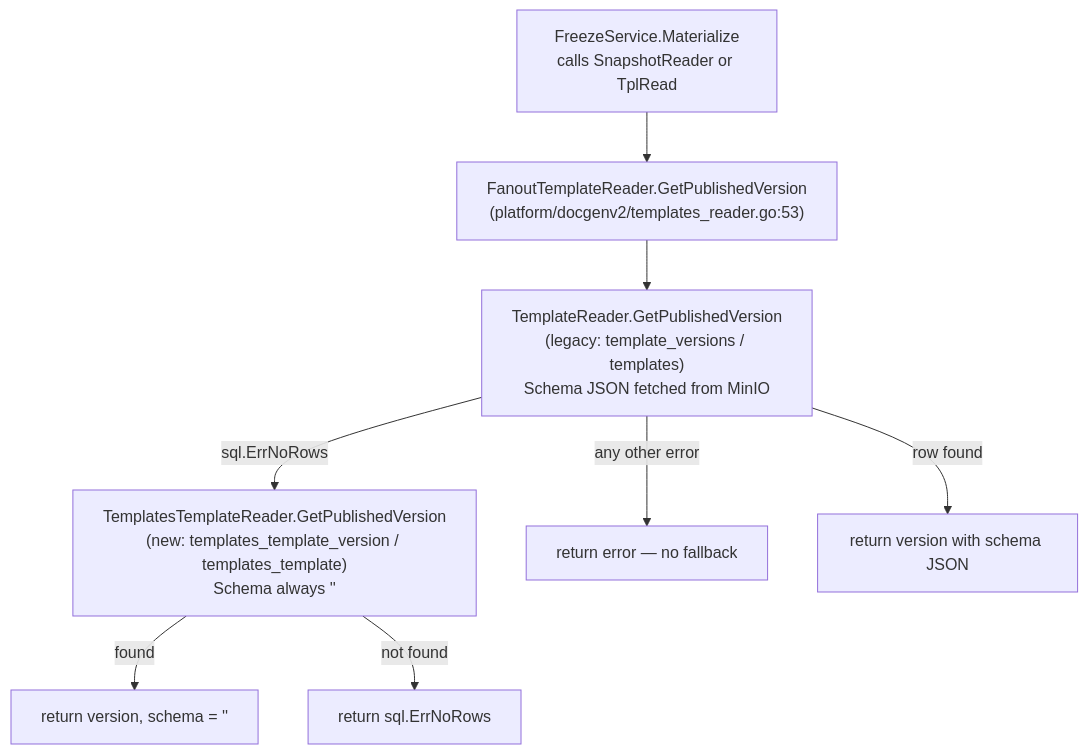
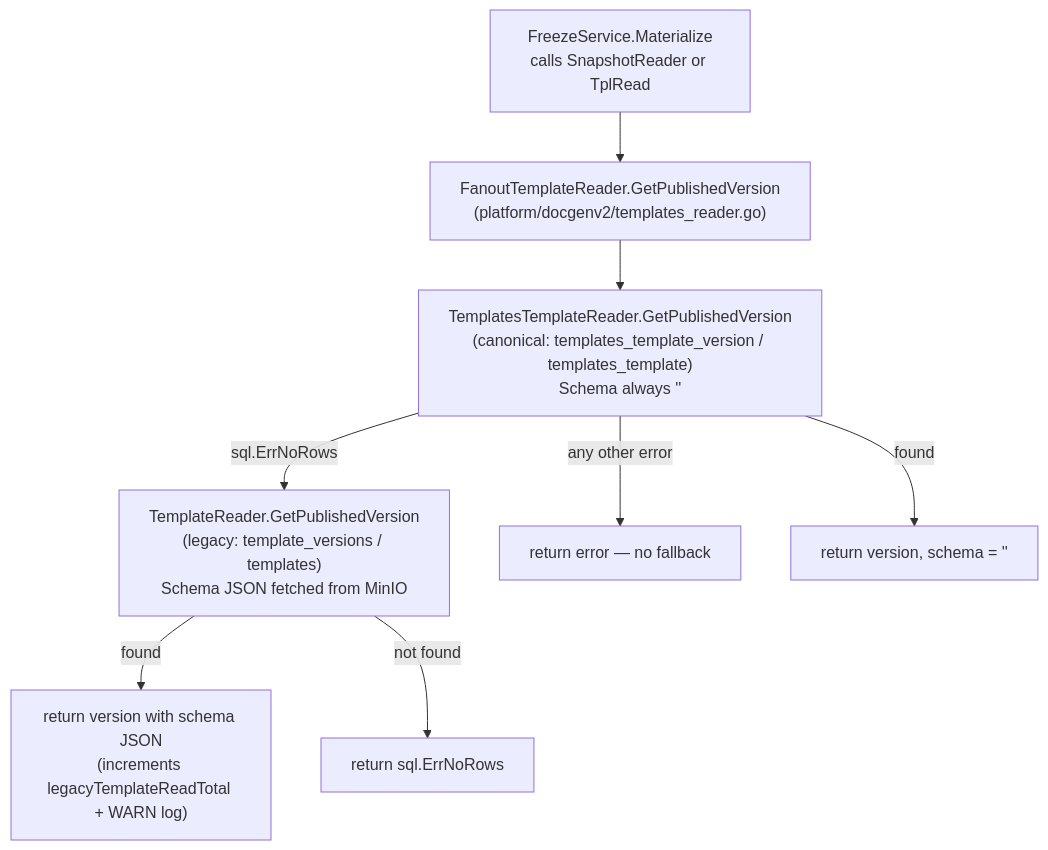
One commit to developmentconexus-ops/MetalDocs changed the fifth of 5 diagrams in wiki/backend/flows/render-pipeline.md. Above: the diagram before and after it, drawn with Mermaid. The commit also changed other lines of this file and 5 other files, not shown here.

````diff
--- a/wiki/backend/flows/render-pipeline.md
+++ b/wiki/backend/flows/render-pipeline.md
@@ -234,10 +236,10 @@
 ```mermaid
 flowchart TD
-    A["FreezeService.Materialize\ncalls SnapshotReader or TplRead"] --> B["FanoutTemplateReader.GetPublishedVersion\n(platform/docgenv2/templates_reader.go:53)"]
-    B --> C["TemplateReader.GetPublishedVersion\n(legacy: template_versions / templates)\nSchema JSON fetched from MinIO"]
-    C -->|"sql.ErrNoRows"| D["TemplatesTemplateReader.GetPublishedVersion\n(new: templates_template_version / templates_template)\nSchema always ''"]
+    A["FreezeService.Materialize\ncalls SnapshotReader or TplRead"] --> B["FanoutTemplateReader.GetPublishedVersion\n(platform/docgenv2/templates_reader.go)"]
+    B --> C["TemplatesTemplateReader.GetPublishedVersion\n(canonical: templates_template_version / templates_template)\nSchema always ''"]
+    C -->|"sql.ErrNoRows"| D["TemplateReader.GetPublishedVersion\n(legacy: template_versions / templates)\nSchema JSON fetched from MinIO"]
     C -->|"any other error"| E["return error — no fallback"]
-    C -->|"row found"| F["return version with schema JSON"]
-    D -->|"found"| G["return version, schema = ''"]
+    C -->|"found"| F["return version, schema = ''"]
+    D -->|"found"| G["return version with schema JSON\n(increments legacyTemplateReadTotal + WARN log)"]
     D -->|"not found"| H["return sql.ErrNoRows"]
 ```
````
